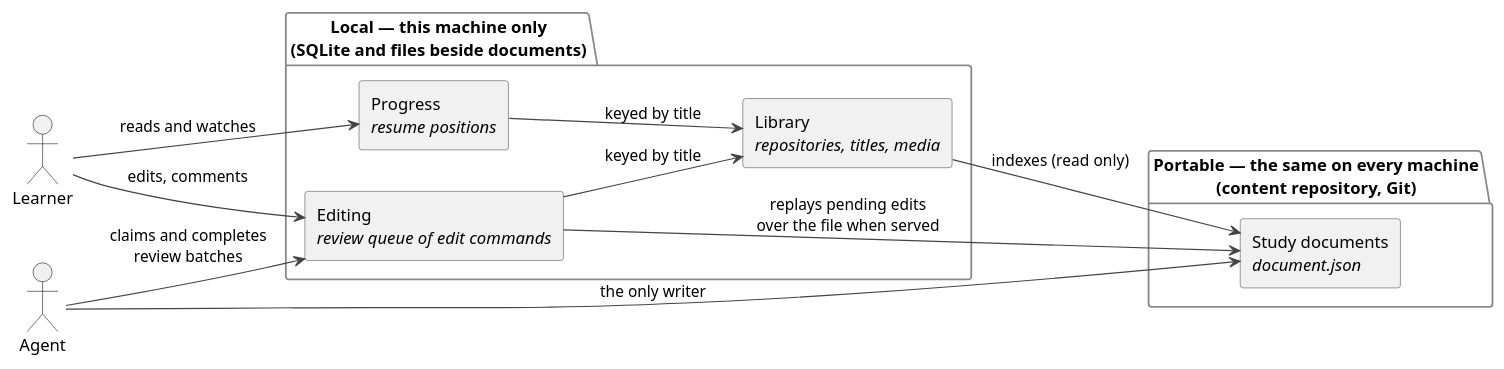
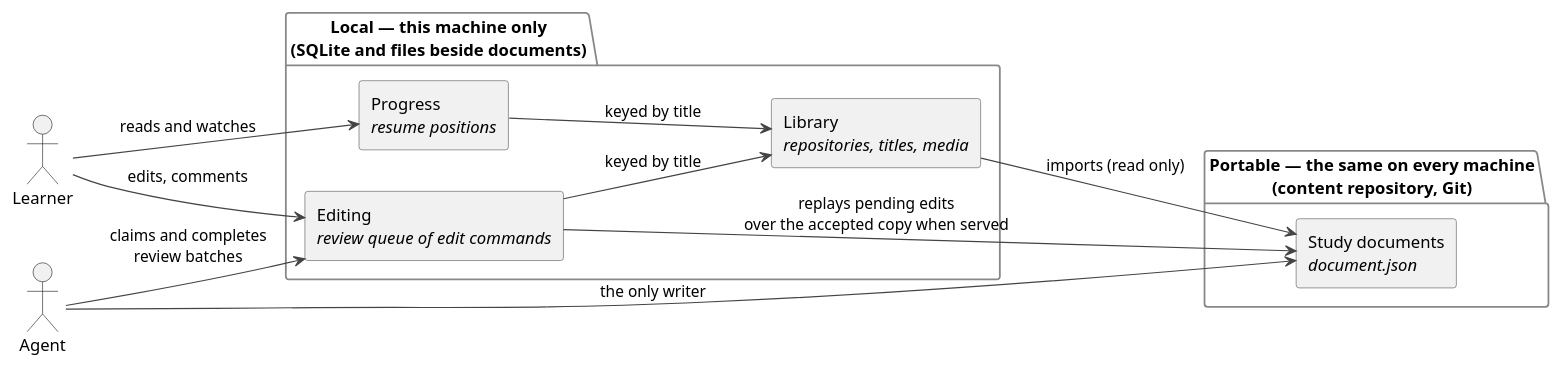
The diagram in docs/diagrams/domains.puml (parkie213/petites-roues), drawn with PlantUML before and after one commit. The commit also changed 38 other files, not shown here.

First line of the commit message:
Serve documents from the accepted copy and import on completion

```diff
--- a/docs/diagrams/domains.puml
+++ b/docs/diagrams/domains.puml
@@ -1,30 +1,30 @@
 @startuml
 skinparam shadowing false
 skinparam defaultFontName sans-serif
 skinparam rectangleBorderColor #555555
 skinparam packageBorderColor #888888
 skinparam ArrowColor #444444
 left to right direction
 
 actor Learner
 actor "Agent" as Agent
 
 package "Portable — the same on every machine\n(content repository, Git)" as portable {
   rectangle "Study documents\n<i>document.json</i>" as Documents
 }
 
 package "Local — this machine only\n(SQLite and files beside documents)" as local {
   rectangle "Library\n<i>repositories, titles, media</i>" as Library
   rectangle "Editing\n<i>review queue of edit commands</i>" as Editing
   rectangle "Progress\n<i>resume positions</i>" as Progress
 }
 
-Library --> Documents : indexes (read only)
-Editing --> Documents : replays pending edits\nover the file when served
+Library --> Documents : imports (read only)
+Editing --> Documents : replays pending edits\nover the accepted copy when served
 Agent --> Documents : the only writer
 Agent --> Editing : claims and completes\nreview batches
 Learner --> Editing : edits, comments
 Learner --> Progress : reads and watches
 Progress --> Library : keyed by title
 Editing --> Library : keyed by title
 @enduml
```
